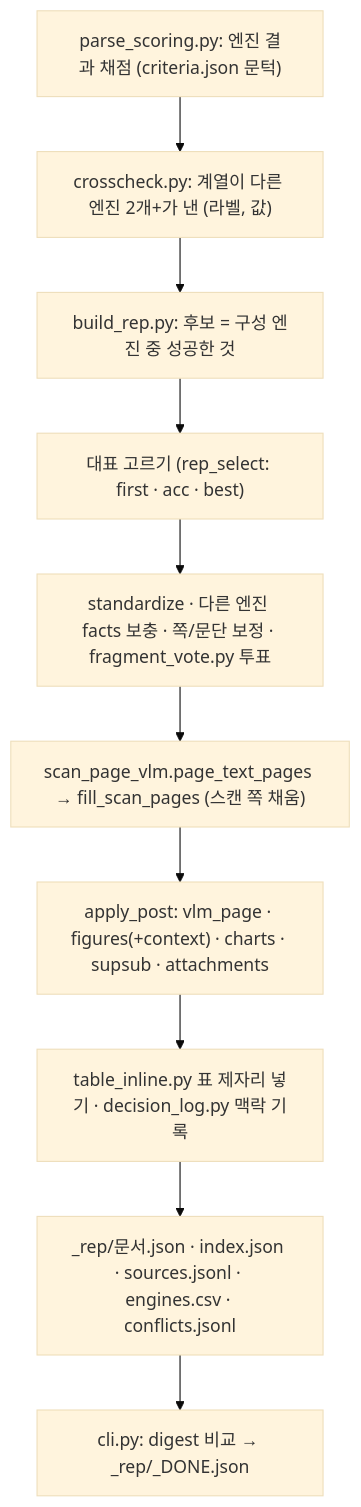
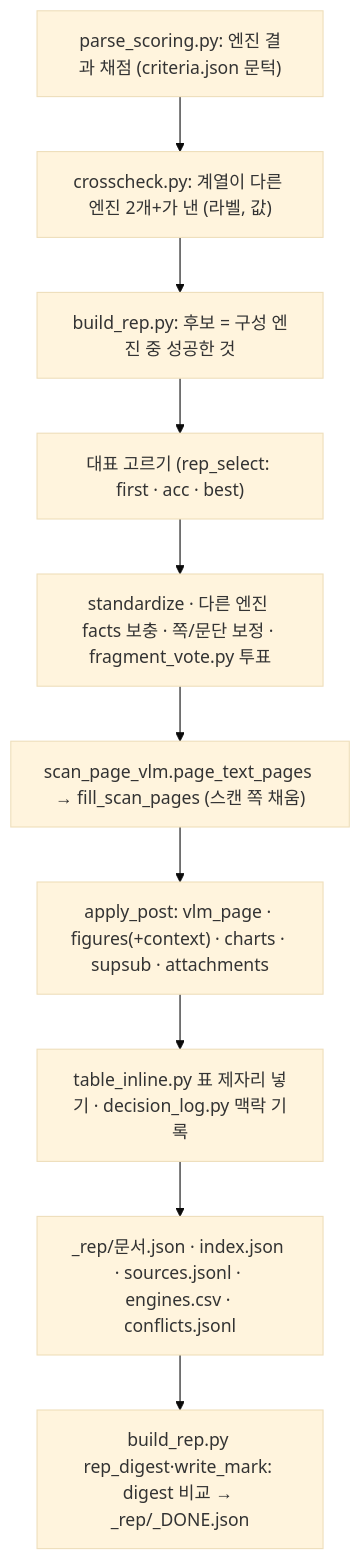
One commit to gigasamba/sbl_data_parsing changed the fifth of 11 diagrams in docs/architecture/parse_flow.md. Above: the diagram before and after it, drawn with Mermaid (base theme). The commit also changed other lines of this file and 3 other files, not shown here.

````diff
--- a/docs/architecture/parse_flow.md
+++ b/docs/architecture/parse_flow.md
@@ -167,14 +167,14 @@
 ```mermaid
 flowchart TD
     Q["parse_scoring.py: 엔진 결과 채점 (criteria.json 문턱)"]
     X["crosscheck.py: 계열이 다른 엔진 2개+가 낸 (라벨, 값)"]
     R1["build_rep.py: 후보 = 구성 엔진 중 성공한 것"]
     R2["대표 고르기 (rep_select: first · acc · best)"]
     R3["standardize · 다른 엔진 facts 보충 · 쪽/문단 보정 · fragment_vote.py 투표"]
     R4["scan_page_vlm.page_text_pages → fill_scan_pages (스캔 쪽 채움)"]
     R5["apply_post: vlm_page · figures(+context) · charts · supsub · attachments"]
     R6["table_inline.py 표 제자리 넣기 · decision_log.py 맥락 기록"]
     O["_rep/문서.json · index.json · sources.jsonl · engines.csv · conflicts.jsonl"]
-    M["cli.py: digest 비교 → _rep/_DONE.json"]
+    M["build_rep.py rep_digest·write_mark: digest 비교 → _rep/_DONE.json"]
     Q --> X --> R1 --> R2 --> R3 --> R4 --> R5 --> R6 --> O --> M
 ```
````
